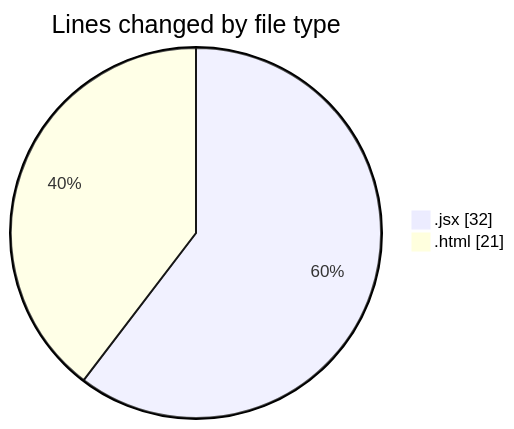
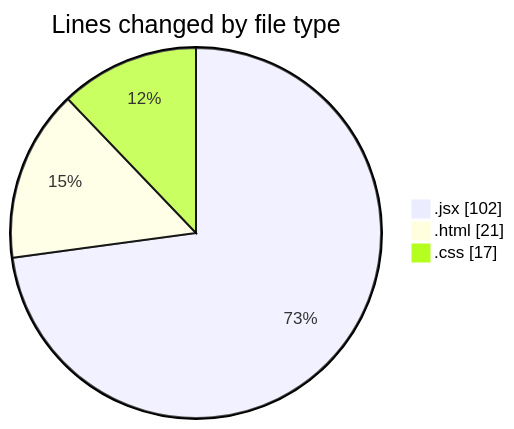
One commit to Elitesun/code-tracking changed the first of 2 diagrams in 2025-02-13/elitegpt/README.md. Above: the diagram before and after it, drawn with Mermaid. The commit also changed other lines of this file and 1 other file, not shown here.

````diff
--- a/2025-02-13/elitegpt/README.md
+++ b/2025-02-13/elitegpt/README.md
@@ -21,6 +24,7 @@
 ```mermaid
 pie showData
 title Lines changed by file type
-".jsx" : 32
+".jsx" : 102
 ".html" : 21
+".css" : 17
 ```
````
